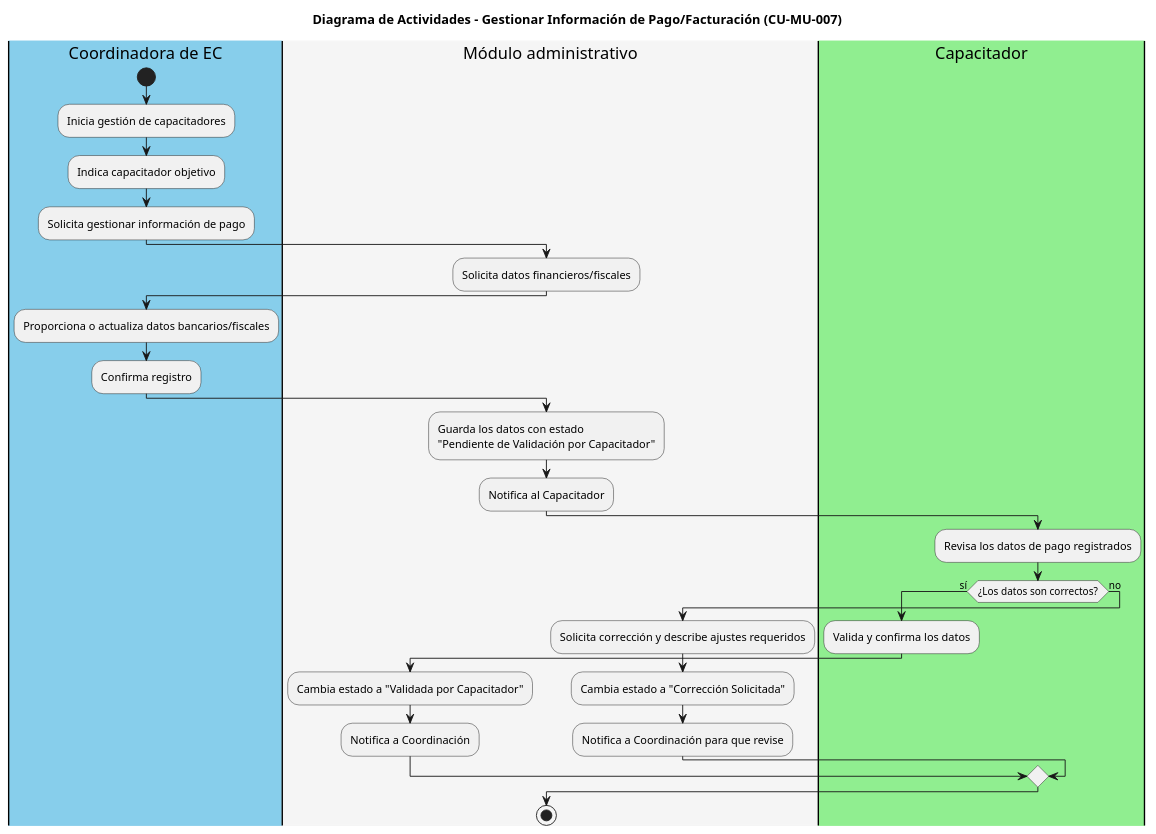
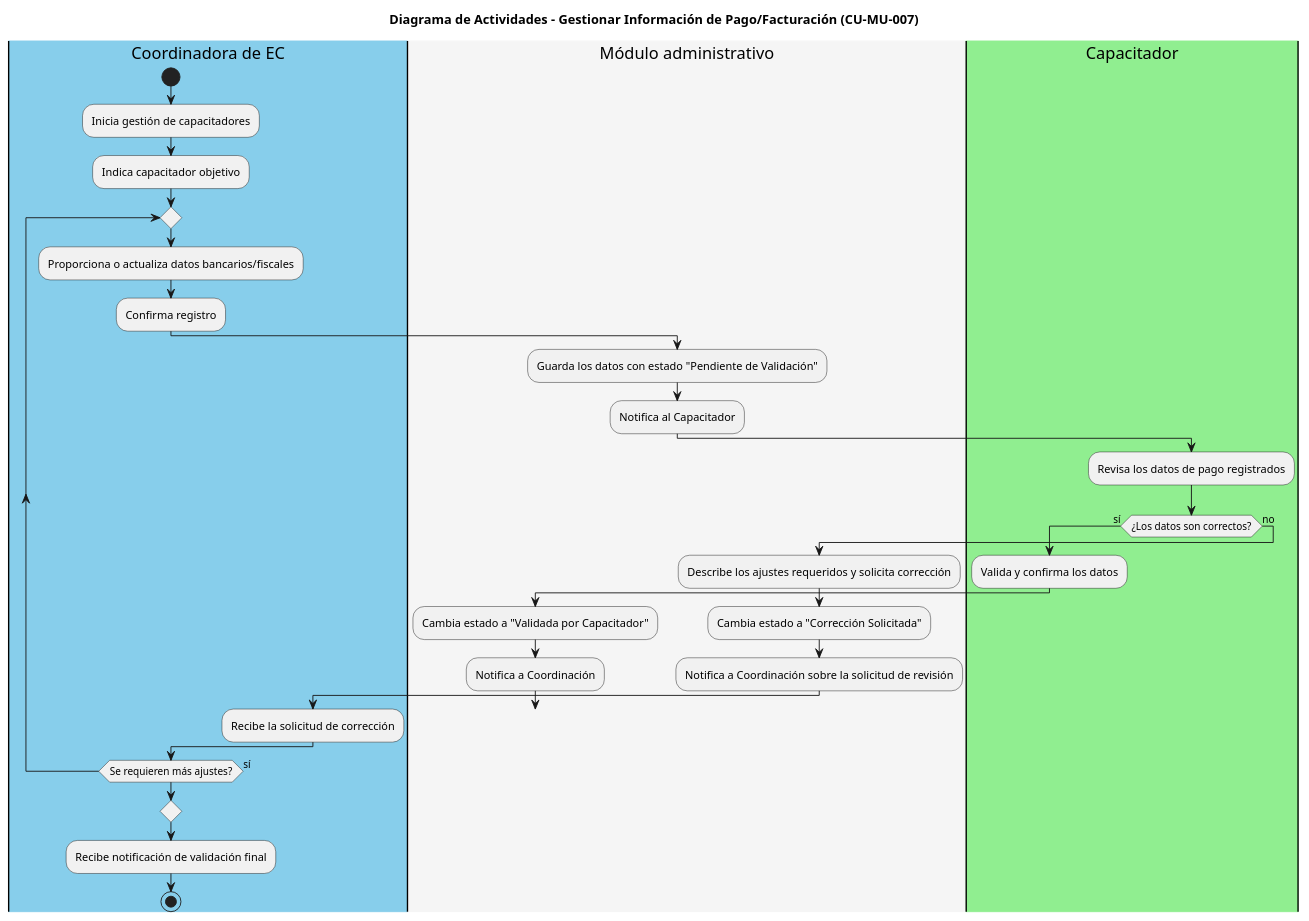
The diagram in code/CU-MU-007_Gestionar_Info_Pago.puml (iKinoo/baby-salesforce-admin-module), drawn with PlantUML before and after one commit.

Commit message:
Update CU-MU-007_Gestionar_Info_Pago.puml
cambios:

1. Se hizo un bucle repeat-while que permite que el proceso sea iterativo
2. Si el capacitador solicita una corrección, el flujo regresa a la coordinadora para que actualice la información.
3. El proceso solo finaliza (break) cuando el capacitador valida los datos, lo que refleja un ciclo de revisión completo.

```diff
--- a/code/CU-MU-007_Gestionar_Info_Pago.puml
+++ b/code/CU-MU-007_Gestionar_Info_Pago.puml
@@ -1,36 +1,38 @@
-@startuml CU-MU-007_Gestionar_Info_Pago
+@startuml
 title Diagrama de Actividades - Gestionar Información de Pago/Facturación (CU-MU-007)
 
 |#skyblue|Coordinadora de EC|
 start
 :Inicia gestión de capacitadores;
 :Indica capacitador objetivo;
-:Solicita gestionar información de pago;
 
-|#whitesmoke|Módulo administrativo|
-:Solicita datos financieros/fiscales;
+repeat
+    :Proporciona o actualiza datos bancarios/fiscales;
+    :Confirma registro;
+
+    |#whitesmoke|Módulo administrativo|
+    :Guarda los datos con estado "Pendiente de Validación";
+    :Notifica al Capacitador;
+
+    |#lightgreen|Capacitador|
+    :Revisa los datos de pago registrados;
+    if (¿Los datos son correctos?) then (sí)
+        :Valida y confirma los datos;
+        |#whitesmoke|Módulo administrativo|
+        :Cambia estado a "Validada por Capacitador";
+        :Notifica a Coordinación;
+        break
+    else (no)
+        :Describe los ajustes requeridos y solicita corrección;
+        |#whitesmoke|Módulo administrativo|
+        :Cambia estado a "Corrección Solicitada";
+        :Notifica a Coordinación sobre la solicitud de revisión;
+        |#skyblue|Coordinadora de EC|
+        :Recibe la solicitud de corrección;
+    endif
+repeat while (Se requieren más ajustes?) is (sí)
 
 |#skyblue|Coordinadora de EC|
-:Proporciona o actualiza datos bancarios/fiscales;
-:Confirma registro;
-
-|#whitesmoke|Módulo administrativo|
-:Guarda los datos con estado
-"Pendiente de Validación por Capacitador";
-:Notifica al Capacitador;
-
-|#lightgreen|Capacitador|
-:Revisa los datos de pago registrados;
-if (¿Los datos son correctos?) then (sí)
-  :Valida y confirma los datos;
-  |#whitesmoke|Módulo administrativo|
-  :Cambia estado a "Validada por Capacitador";
-  :Notifica a Coordinación;
-else (no)
-  :Solicita corrección y describe ajustes requeridos;
-  |#whitesmoke|Módulo administrativo|
-  :Cambia estado a "Corrección Solicitada";
-  :Notifica a Coordinación para que revise;
-endif
+:Recibe notificación de validación final;
 stop
 @enduml
```
